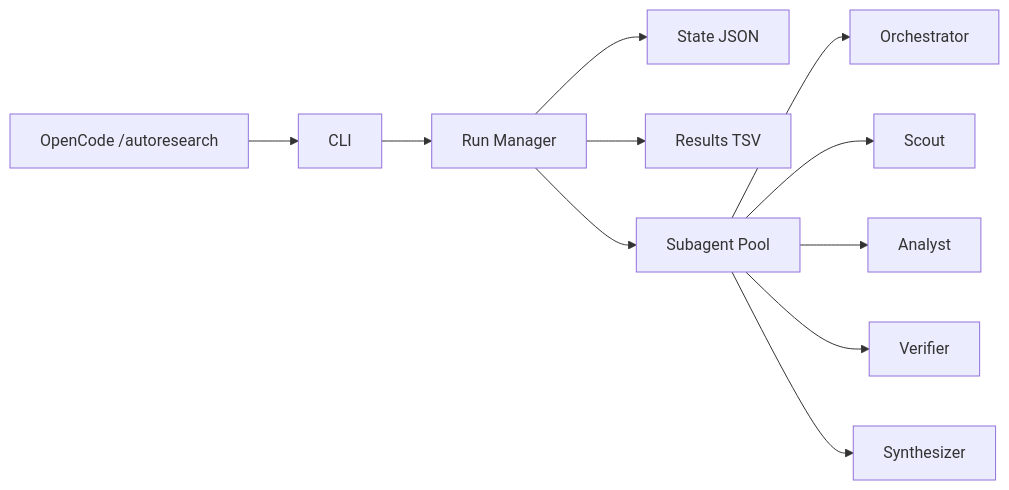
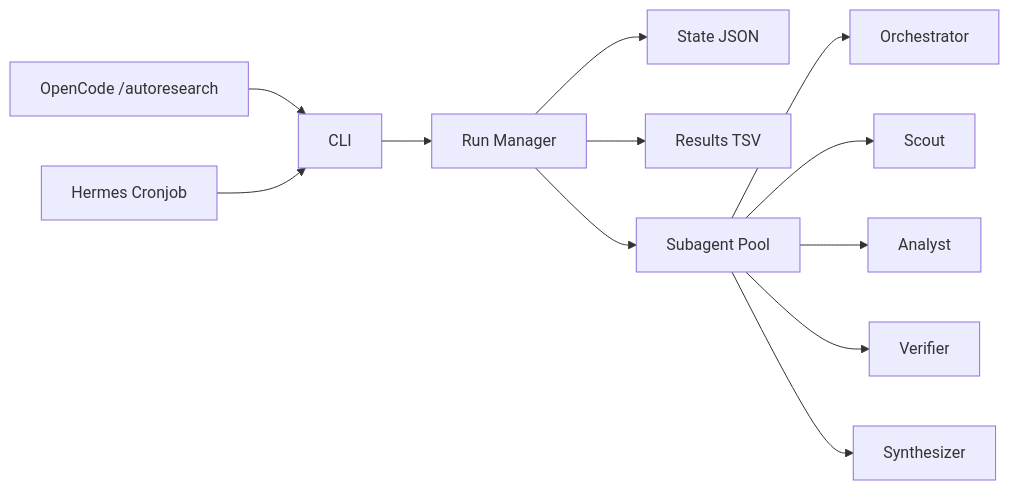
One commit to Maleick/AutoResearch changed the fourth of 4 diagrams in README.md. Above: the diagram before and after it, drawn with Mermaid. The commit also changed other lines of this file and 9 other files, not shown here.

````diff
--- a/README.md
+++ b/README.md
@@ -196,13 +252,14 @@
 ```mermaid
 flowchart LR
     A[OpenCode /autoresearch] --> B[CLI]
+    H[Hermes Cronjob] --> B
     B --> C[Run Manager]
     C --> D[State JSON]
     C --> E[Results TSV]
     C --> F[Subagent Pool]
     F --> G[Orchestrator]
-    F --> H[Scout]
-    F --> I[Analyst]
-    F --> J[Verifier]
-    F --> K[Synthesizer]
+    F --> I[Scout]
+    F --> J[Analyst]
+    F --> K[Verifier]
+    F --> L[Synthesizer]
 ```
````
